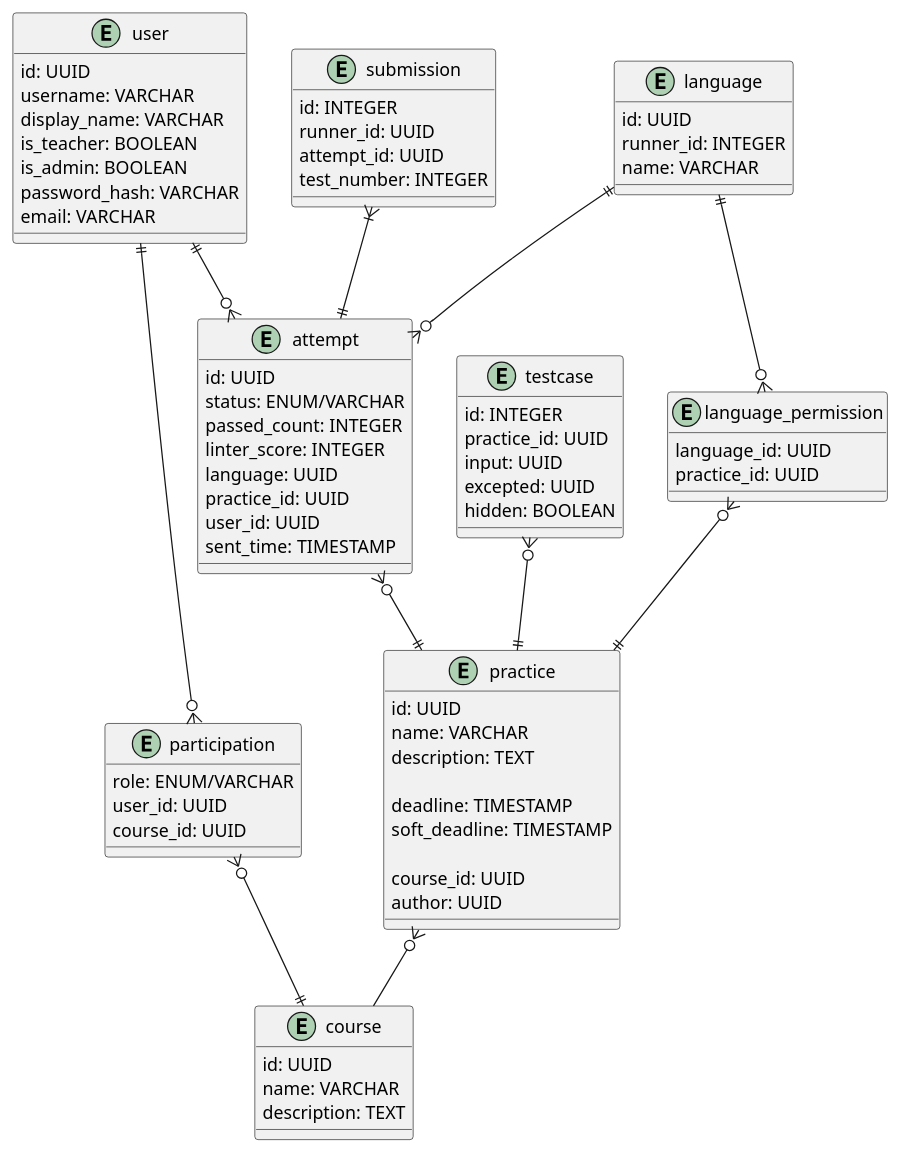
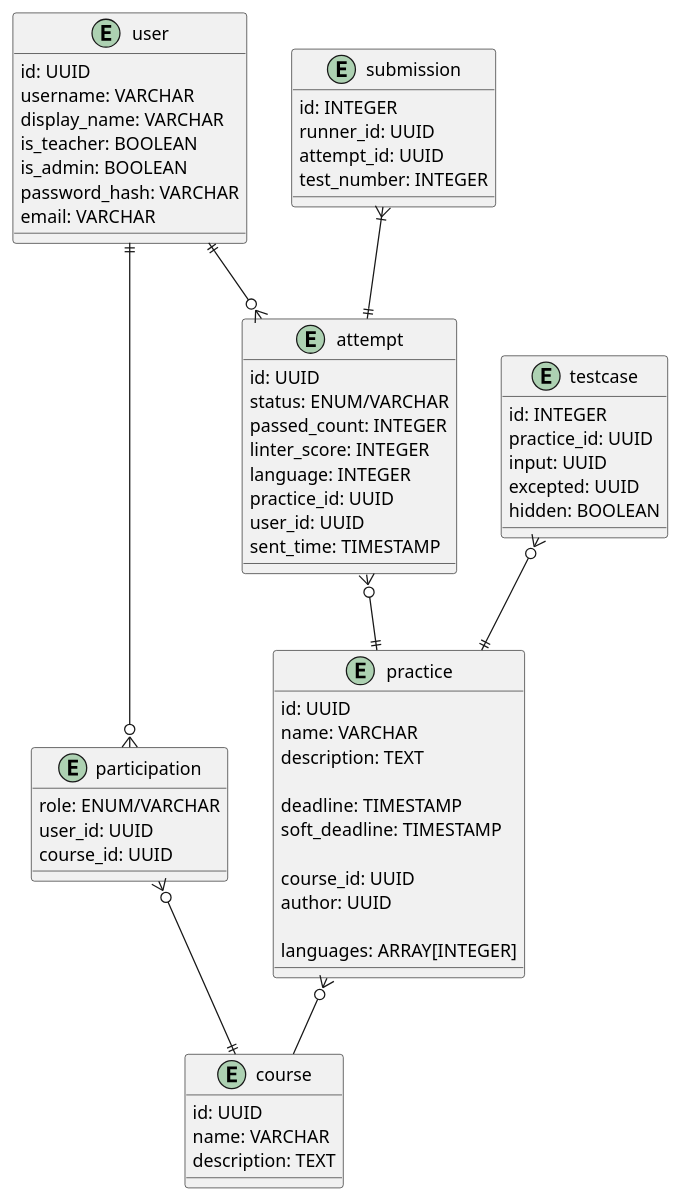
The diagram in doc/entity-relationship.puml (AKovalyuk/automated-lab-testing-sibfu-backend), drawn with PlantUML before and after one commit. The commit also changed 7 other files, not shown here.

Commit message:
Ad language into practice endpoint

```diff
--- a/doc/entity-relationship.puml
+++ b/doc/entity-relationship.puml
@@ -1,85 +1,73 @@
 @startuml
 
 entity user {
     id: UUID
     username: VARCHAR
     display_name: VARCHAR
     is_teacher: BOOLEAN
     is_admin: BOOLEAN
     password_hash: VARCHAR
     email: VARCHAR
 }
 
 entity participation {
     role: ENUM/VARCHAR
     user_id: UUID
     course_id: UUID
 }
 
 entity course {
     id: UUID
     name: VARCHAR
     description: TEXT
 }
 
 entity practice {
     id: UUID
     name: VARCHAR
     description: TEXT
 
     deadline: TIMESTAMP
     soft_deadline: TIMESTAMP
 
     course_id: UUID
     author: UUID
+
+    languages: ARRAY[INTEGER]
 }
 
 entity testcase {
     id: INTEGER
     practice_id: UUID
     input: UUID
     excepted: UUID
     hidden: BOOLEAN
 }
 
 entity attempt {
     id: UUID
     status: ENUM/VARCHAR
     passed_count: INTEGER
     linter_score: INTEGER
-    language: UUID
+    language: INTEGER
     practice_id: UUID
     user_id: UUID
     sent_time: TIMESTAMP
 }
 
 entity submission {
     id: INTEGER
     runner_id: UUID
     attempt_id: UUID
     test_number: INTEGER
 }
 
-entity language {
-    id: UUID
-    runner_id: INTEGER
-    name: VARCHAR
-}
-
-entity language_permission {
-    language_id: UUID
-    practice_id: UUID
-}
-
 user ||--o{ attempt
 attempt }o--|| practice
 user ||--o{ participation
 participation }o--|| course
 practice }o-- course
-language ||--o{ language_permission
-language ||--o{ attempt
-language_permission }o--|| practice
 submission }|--|| attempt
 testcase }o--|| practice
 
 @enduml
```
